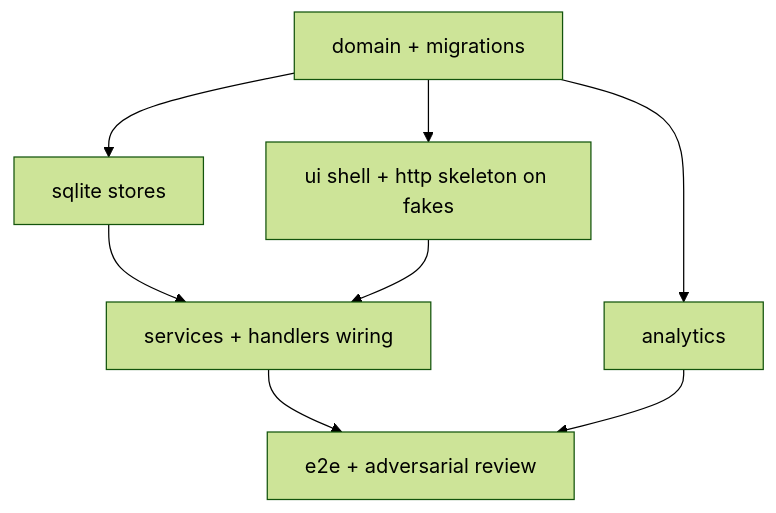
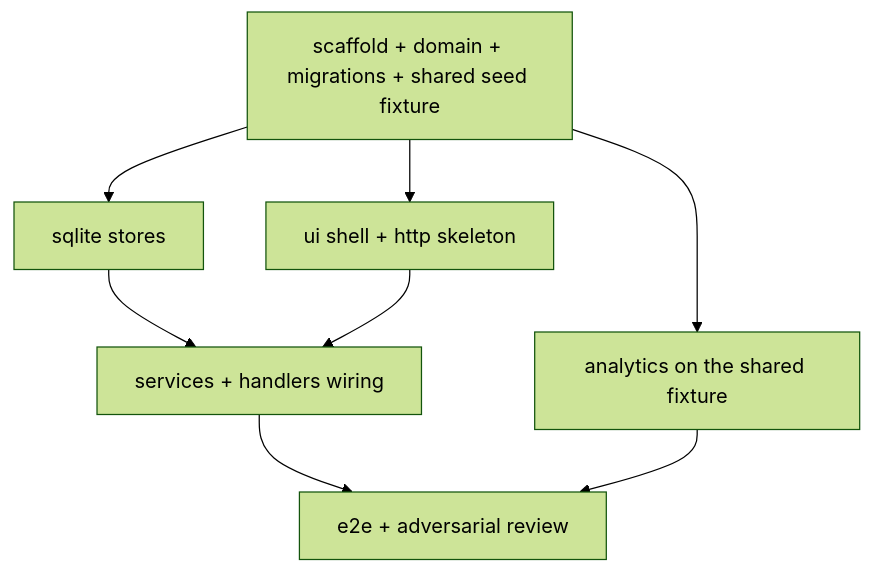
One commit to lavantien/autochess-buddy changed the fourth of 4 diagrams in readme.md. Above: the diagram before and after it, drawn with Mermaid (forest theme). The commit also changed other lines of this file, not shown here.

````diff
--- a/readme.md
+++ b/readme.md
@@ -253,10 +264,10 @@
 ```mermaid
 flowchart TD
-    A[domain + migrations] --> B[sqlite stores]
-    A --> C[ui shell + http skeleton on fakes]
-    A --> D[analytics]
+    A[scaffold + domain + migrations + shared seed fixture] --> B[sqlite stores]
+    A --> C[ui shell + http skeleton]
+    A --> D[analytics on the shared fixture]
     B --> E[services + handlers wiring]
     C --> E
     E --> F[e2e + adversarial review]
     D --> F
 ```
````
